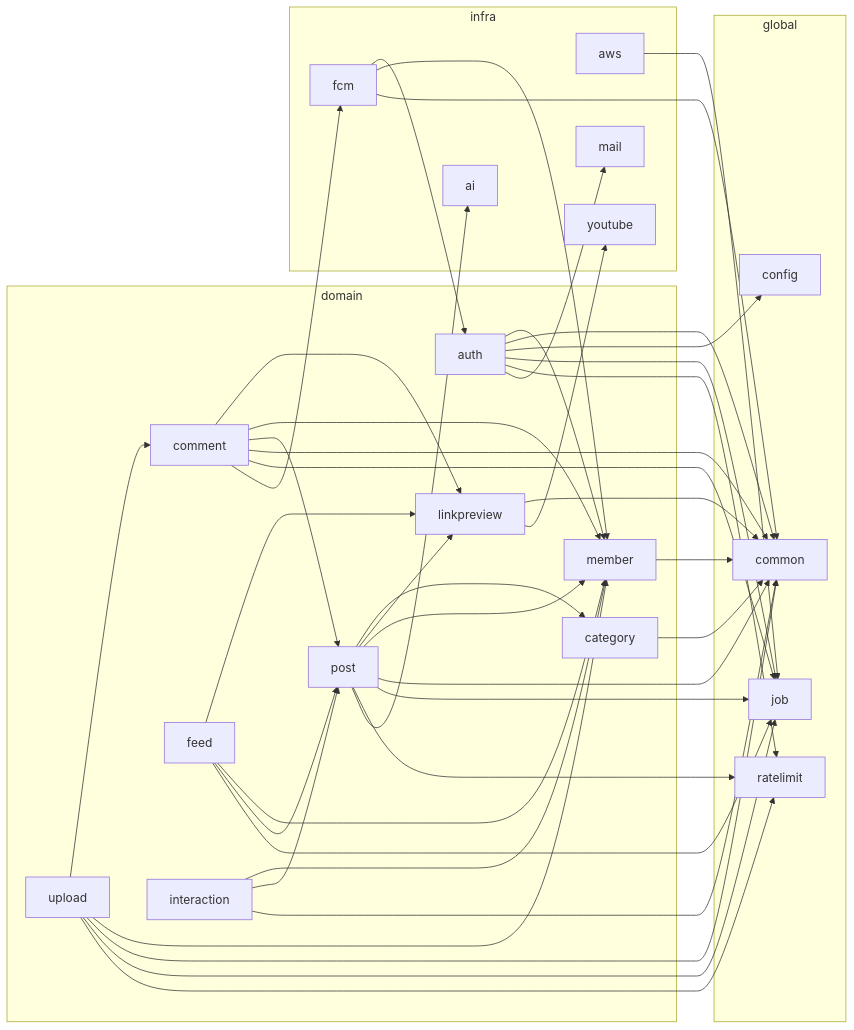
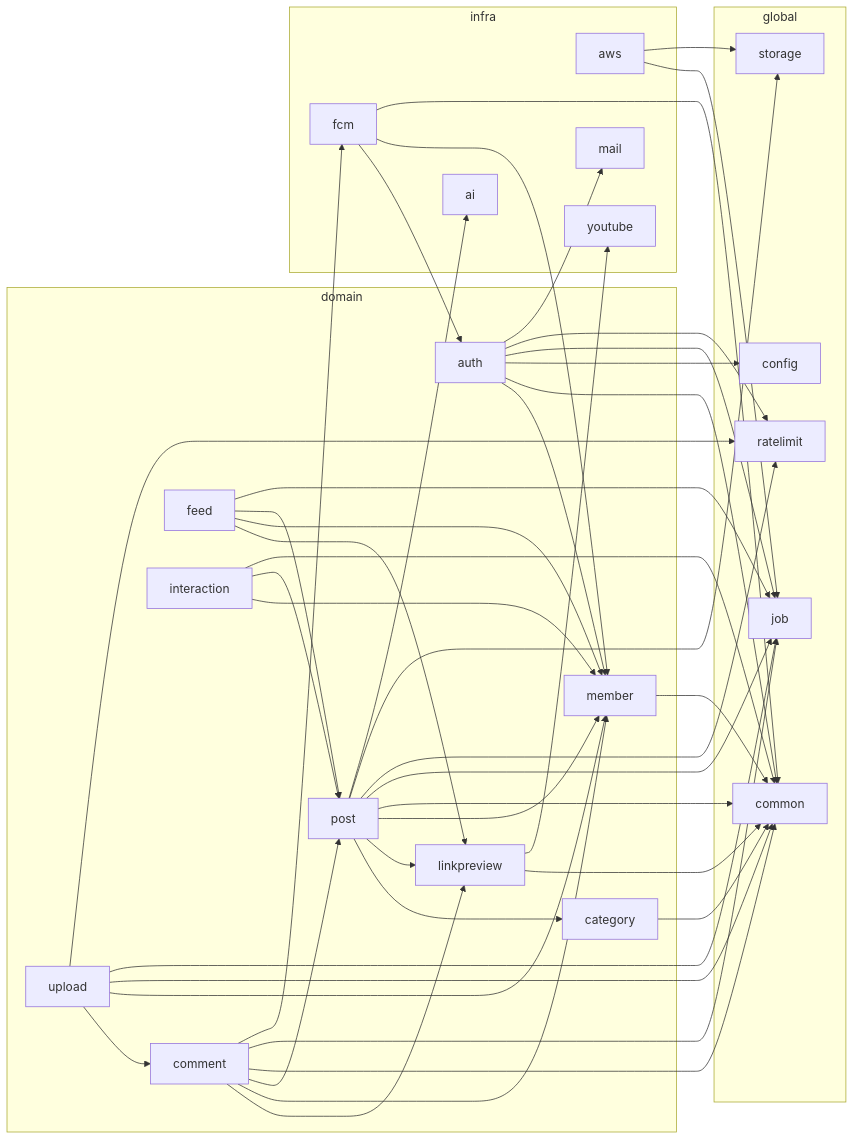
One commit to BAECHAN/link-sphere_BE_NEW changed the second of 4 diagrams in docs/BE-ARCHITECTURE.md. Above: the diagram before and after it, drawn with Mermaid. The commit also changed other lines of this file and 40 other files, not shown here.

````diff
--- a/docs/BE-ARCHITECTURE.md
+++ b/docs/BE-ARCHITECTURE.md
@@ -91,66 +95,69 @@
 ```mermaid
 flowchart LR
   subgraph domain
     domain_auth["auth"]
     domain_category["category"]
     domain_comment["comment"]
     domain_feed["feed"]
     domain_interaction["interaction"]
     domain_linkpreview["linkpreview"]
     domain_member["member"]
     domain_post["post"]
     domain_upload["upload"]
   end
   subgraph global
     global_common["common"]
     global_config["config"]
     global_job["job"]
     global_ratelimit["ratelimit"]
+    global_storage["storage"]
   end
   subgraph infra
     infra_ai["ai"]
     infra_aws["aws"]
     infra_fcm["fcm"]
     infra_mail["mail"]
     infra_youtube["youtube"]
   end
   domain_auth --> domain_member
   domain_auth --> global_common
   domain_auth --> global_config
   domain_auth --> global_job
   domain_auth --> global_ratelimit
   domain_auth --> infra_mail
   domain_category --> global_common
   domain_comment --> domain_linkpreview
   domain_comment --> domain_member
   domain_comment --> domain_post
   domain_comment --> global_common
   domain_comment --> global_job
   domain_comment --> infra_fcm
   domain_feed --> domain_linkpreview
   domain_feed --> domain_member
   domain_feed --> domain_post
   domain_feed --> global_job
   domain_interaction --> domain_member
   domain_interaction --> domain_post
   domain_interaction --> global_common
   domain_linkpreview --> global_common
   domain_linkpreview --> infra_youtube
   domain_member --> global_common
   domain_post --> domain_category
   domain_post --> domain_linkpreview
   domain_post --> domain_member
   domain_post --> global_common
   domain_post --> global_job
   domain_post --> global_ratelimit
+  domain_post --> global_storage
   domain_post --> infra_ai
   domain_upload --> domain_comment
   domain_upload --> domain_member
   domain_upload --> global_common
   domain_upload --> global_job
   domain_upload --> global_ratelimit
   infra_aws --> global_job
+  infra_aws --> global_storage
   infra_fcm --> domain_auth
   infra_fcm --> domain_member
   infra_fcm --> global_common
 ```
````
